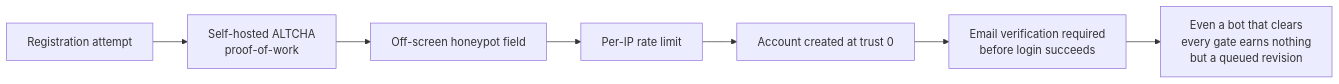
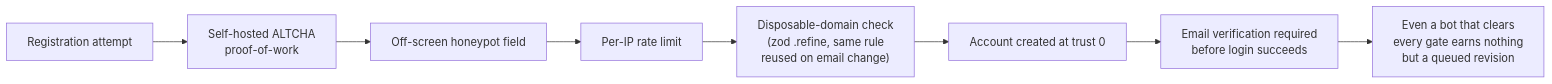
One commit to Phyllon/vestigian changed diagram 11 of 13 in documents/summary.md. Above: the diagram before and after it, drawn with Mermaid. The commit also changed other lines of this file and 34 other files, not shown here.

````diff
--- a/documents/summary.md
+++ b/documents/summary.md
@@ -638,9 +744,10 @@
 ```mermaid
 flowchart LR
     A["Registration attempt"] --> B["Self-hosted ALTCHA\nproof-of-work"]
     B --> C["Off-screen honeypot field"]
     C --> D["Per-IP rate limit"]
-    D --> E["Account created at trust 0"]
+    D --> DD["Disposable-domain check\n(zod .refine, same rule\nreused on email change)"]
+    DD --> E["Account created at trust 0"]
     E --> F["Email verification required\nbefore login succeeds"]
     F --> G["Even a bot that clears\nevery gate earns nothing\nbut a queued revision"]
 ```
````
